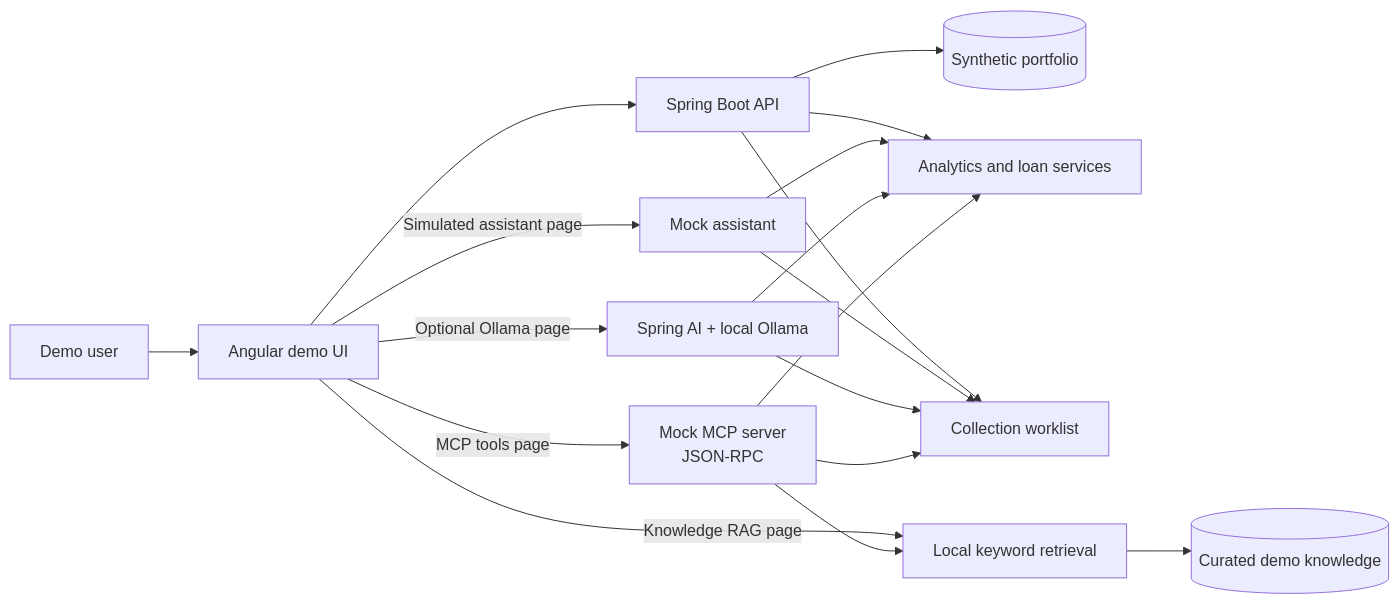
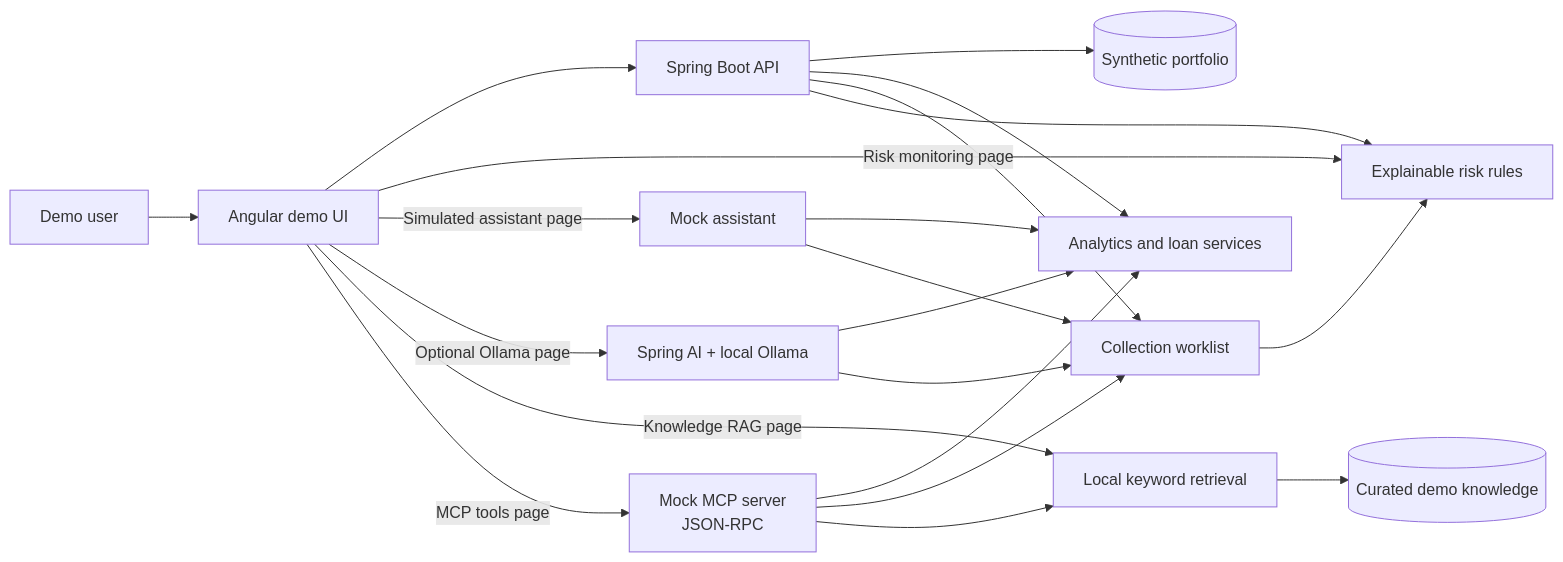
Before and after one commit to pauluswi/arthaloan-ai: the diagram in README.md, drawn with Mermaid. The commit also changed other lines of this file, not shown here.

Commit message:
Add risk monitoring to the README

````diff
--- a/README.md
+++ b/README.md
@@ -21,26 +21,29 @@
 ```mermaid
 flowchart LR
     U[Demo user] --> UI[Angular demo UI]
     UI --> API[Spring Boot API]
     DATA[(Synthetic portfolio)]
     API --> DATA
 
     API --> ANA[Analytics and loan services]
     API --> COL[Collection worklist]
+    API --> SCORE[Explainable risk rules]
+    UI -->|Risk monitoring page| SCORE
+    COL --> SCORE
 
     UI -->|Simulated assistant page| SIM[Mock assistant]
     SIM --> ANA
     SIM --> COL
 
     UI -->|Optional Ollama page| OLL[Spring AI + local Ollama]
     OLL --> ANA
     OLL --> COL
 
     UI -->|Knowledge RAG page| RAG[Local keyword retrieval]
     RAG --> KB[(Curated demo knowledge)]
 
     UI -->|MCP tools page| MCP[Mock MCP server<br/>JSON-RPC]
     MCP --> ANA
     MCP --> COL
     MCP --> RAG
 ```
````
